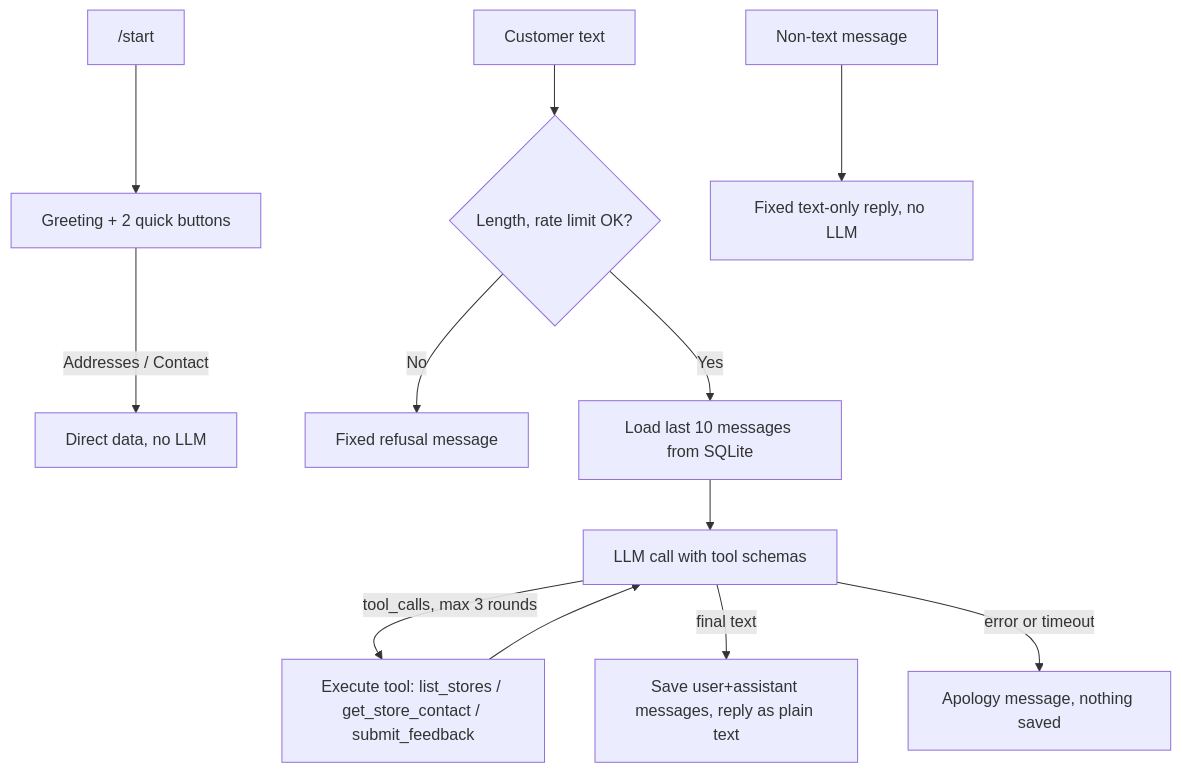
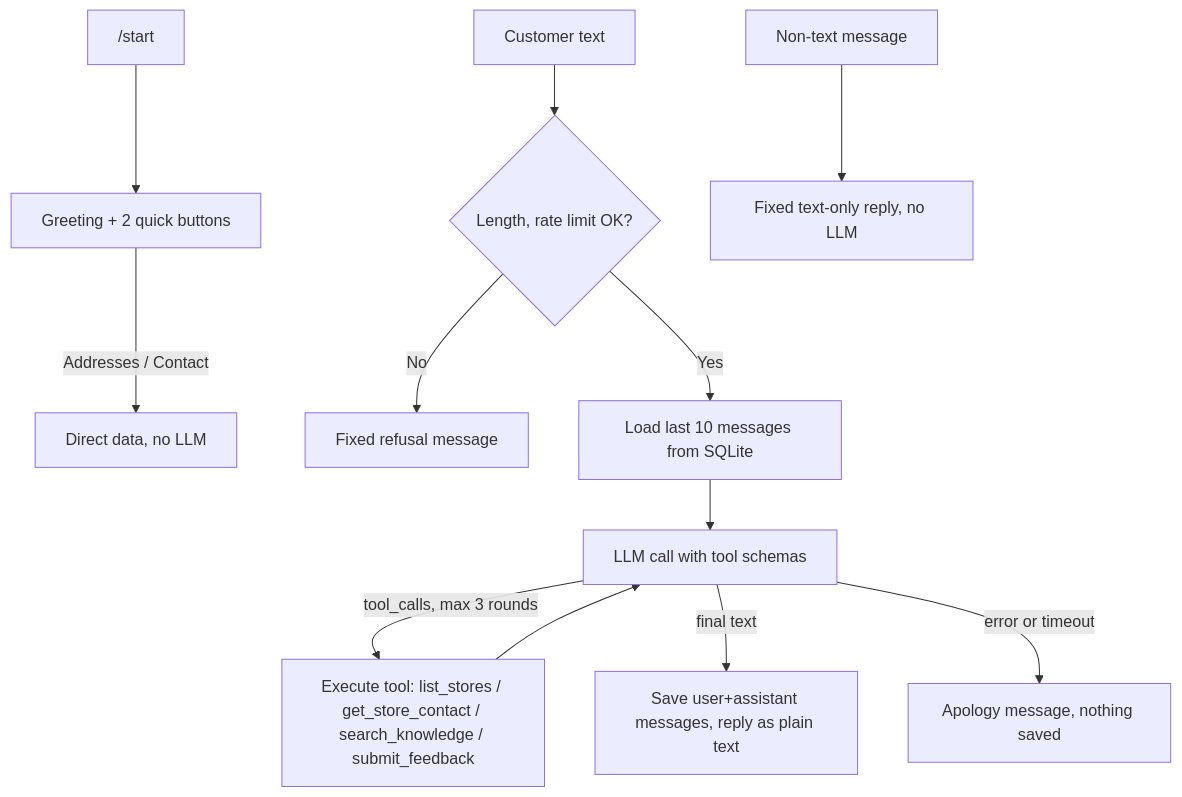
The diagram in ARCHITECTURE.md (22imer/LTW_Bot_CSKH), drawn with Mermaid before and after one commit. The commit also changed other lines of this file and 12 other files, not shown here.

Commit message:
Add RAG (FTS5 keyword retrieval, search_knowledge tool); icon-annotated /menu

````diff
--- a/ARCHITECTURE.md
+++ b/ARCHITECTURE.md
@@ -8,14 +8,14 @@
 ```mermaid
 flowchart TD
     A["/start"] --> B["Greeting + 2 quick buttons"]
     B -->|Addresses / Contact| T["Direct data, no LLM"]
     U["Customer text"] --> L{"Length, rate limit OK?"}
     L -->|No| R["Fixed refusal message"]
     L -->|Yes| H["Load last 10 messages from SQLite"]
     H --> M["LLM call with tool schemas"]
-    M -->|tool_calls, max 3 rounds| X["Execute tool: list_stores / get_store_contact / submit_feedback"]
+    M -->|tool_calls, max 3 rounds| X["Execute tool: list_stores / get_store_contact / search_knowledge / submit_feedback"]
     X --> M
     M -->|final text| S["Save user+assistant messages, reply as plain text"]
     M -->|error or timeout| E["Apology message, nothing saved"]
     N["Non-text message"] --> F["Fixed text-only reply, no LLM"]
 ```
````
